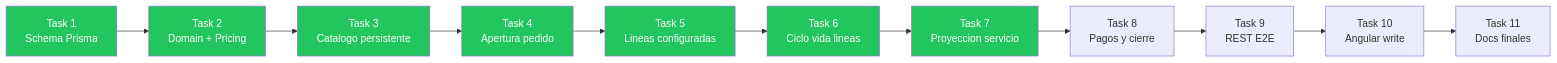
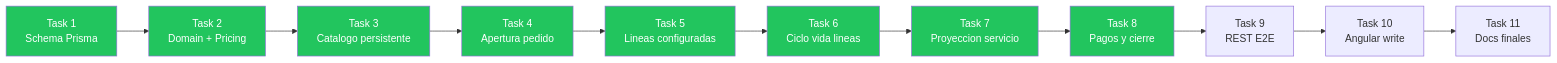
The first of 6 diagrams in backend/docs/service-floor-api.md (Programito/fullstack-architecture-lab), drawn with Mermaid before and after one commit. The commit also changed other lines of this file, not shown here.

````diff
--- a/backend/docs/service-floor-api.md
+++ b/backend/docs/service-floor-api.md
@@ -11,21 +11,22 @@
 ```mermaid
 flowchart LR
   T1[Task 1\nSchema Prisma] --> T2[Task 2\nDomain + Pricing]
   T2 --> T3[Task 3\nCatalogo persistente]
   T3 --> T4[Task 4\nApertura pedido]
   T4 --> T5[Task 5\nLineas configuradas]
   T5 --> T6[Task 6\nCiclo vida lineas]
   T6 --> T7[Task 7\nProyeccion servicio]
   T7 --> T8[Task 8\nPagos y cierre]
   T8 --> T9[Task 9\nREST E2E]
   T9 --> T10[Task 10\nAngular write]
   T10 --> T11[Task 11\nDocs finales]
 
   style T1 fill:#22c55e,color:#fff
   style T2 fill:#22c55e,color:#fff
   style T3 fill:#22c55e,color:#fff
   style T4 fill:#22c55e,color:#fff
   style T5 fill:#22c55e,color:#fff
   style T6 fill:#22c55e,color:#fff
   style T7 fill:#22c55e,color:#fff
+  style T8 fill:#22c55e,color:#fff
 ```
````
